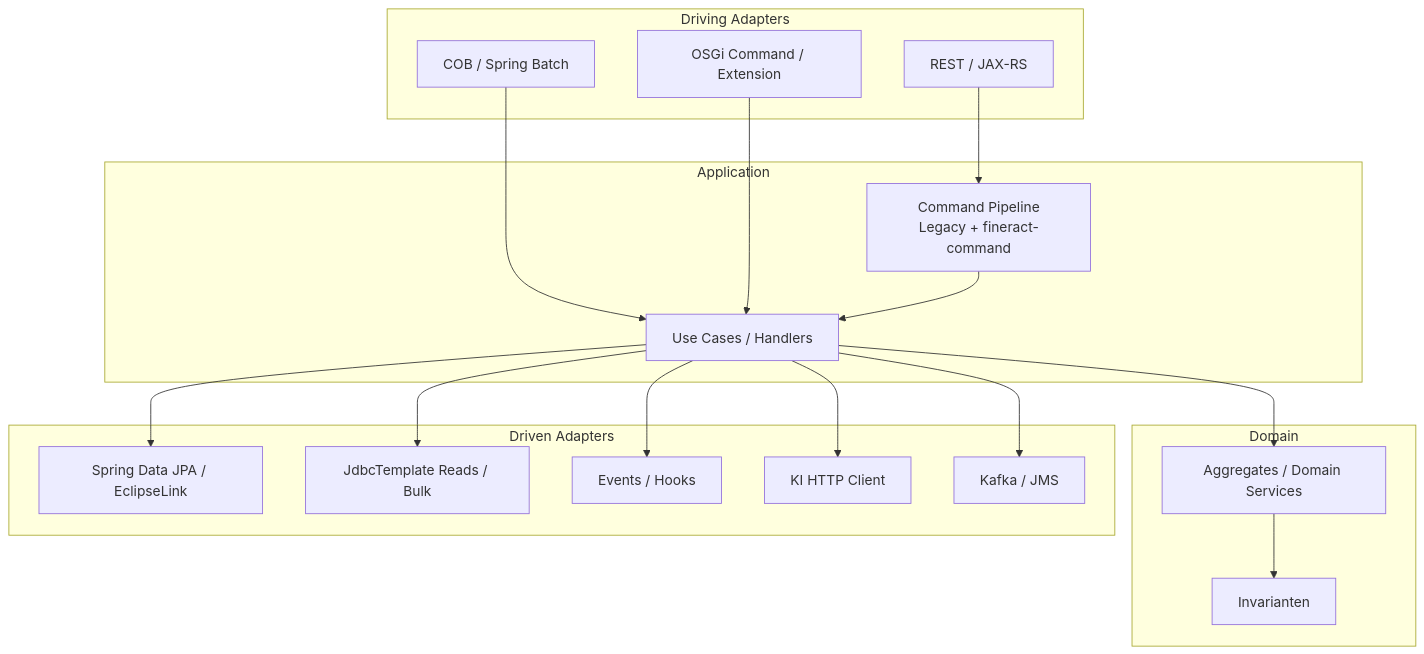
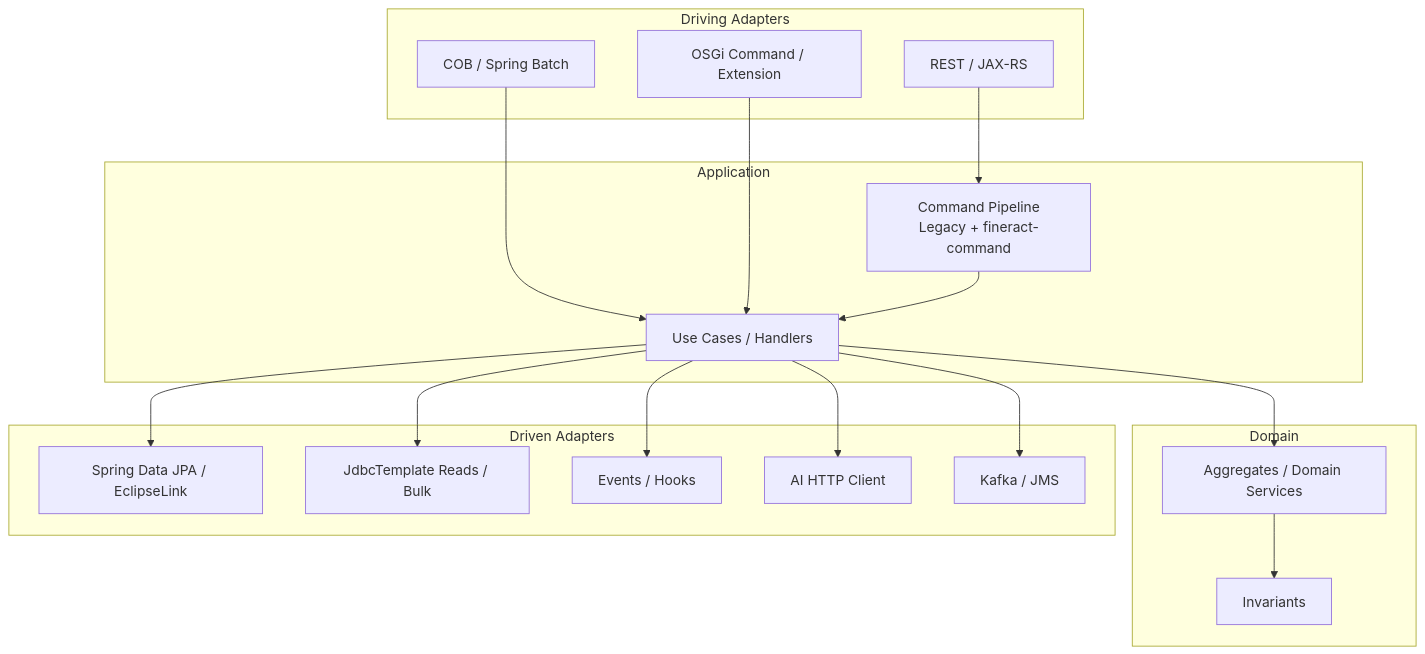
The diagram in docs/arc42/decisions/ADR-017-hexagonale-architektur.md (RainerMaxWallscheid/fineract-osgi), drawn with Mermaid before and after one commit. The commit also changed other lines of this file and 38 other files, not shown here.

````diff
--- a/docs/arc42/decisions/ADR-017-hexagonale-architektur.md
+++ b/docs/arc42/decisions/ADR-017-hexagonale-architektur.md
@@ -33,38 +33,38 @@
 ```mermaid
 flowchart TB
     subgraph Driving["Driving Adapters"]
       REST[REST / JAX-RS]
       JOB[COB / Spring Batch]
       OSGiIn[OSGi Command / Extension]
     end
 
     subgraph App["Application"]
       CMD[Command Pipeline<br/>Legacy + fineract-command]
       UC[Use Cases / Handlers]
     end
 
     subgraph Domain["Domain"]
       AGG[Aggregates / Domain Services]
-      INV[Invarianten]
+      INV[Invariants]
     end
 
     subgraph Driven["Driven Adapters"]
       JPA[Spring Data JPA / EclipseLink]
       JDBC[JdbcTemplate Reads / Bulk]
       EVT[Events / Hooks]
-      KI[KI HTTP Client]
+      KI[AI HTTP Client]
       MQ[Kafka / JMS]
     end
 
     REST --> CMD
     JOB --> UC
     OSGiIn --> UC
     CMD --> UC
     UC --> AGG
     AGG --> INV
     UC --> JPA
     UC --> JDBC
     UC --> EVT
     UC --> KI
     UC --> MQ
 ```
````
